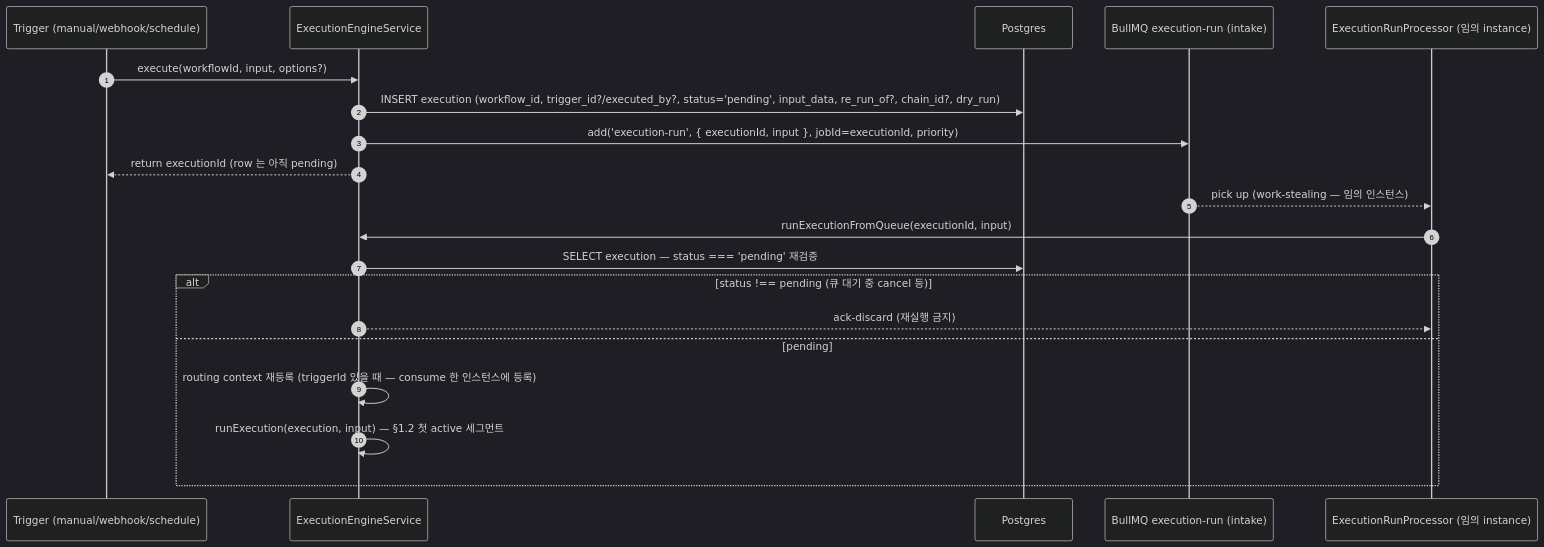
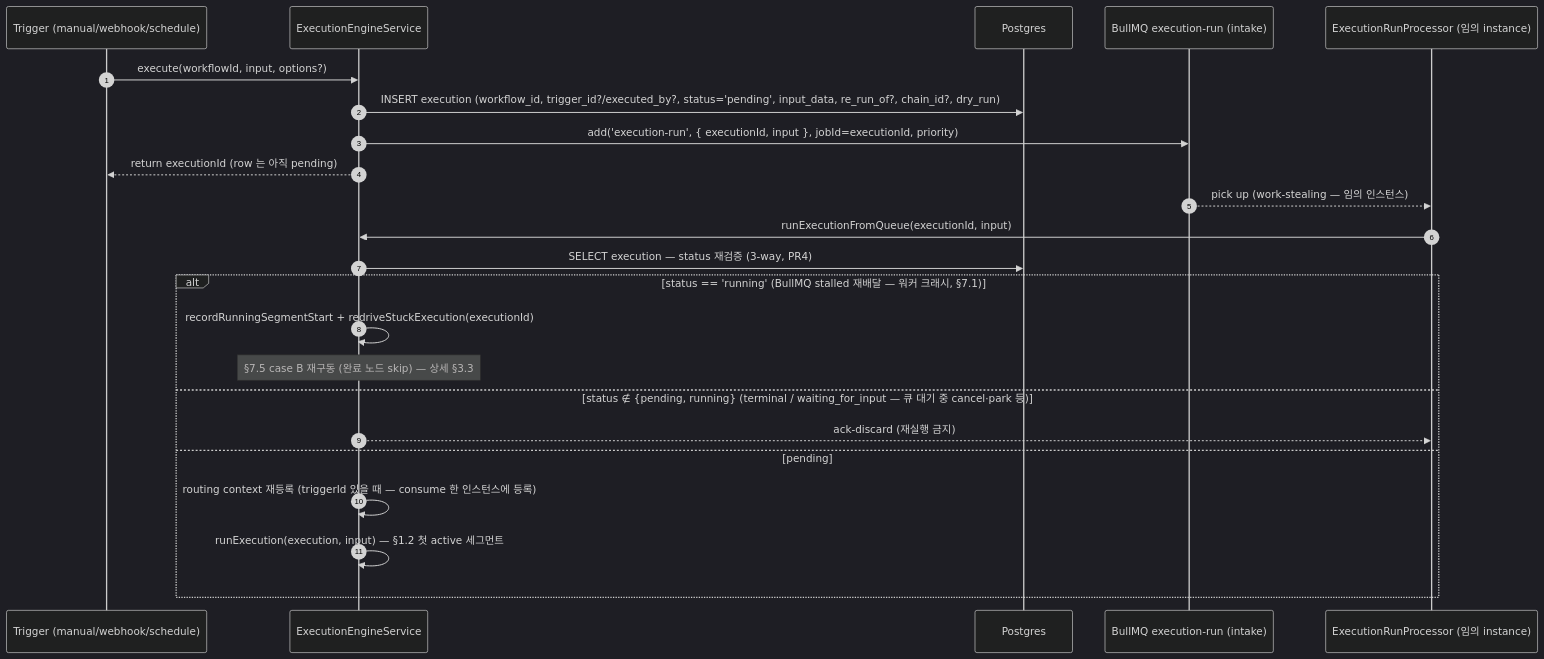
Before and after one commit to worker-ants/clemvion: the first of 6 diagrams in spec/data-flow/3-execution.md, drawn with Mermaid (dark theme). The commit also changed other lines of this file and 11 other files, not shown here.

First line of the commit message:
docs(spec): data-flow §1.1 시퀀스 다이어그램 — runExecutionFromQueue 3-way 반영

````diff
--- a/spec/data-flow/3-execution.md
+++ b/spec/data-flow/3-execution.md
@@ -38,24 +38,27 @@
 ```mermaid
 sequenceDiagram
   autonumber
   participant Trig as Trigger (manual/webhook/schedule)
   participant Eng as ExecutionEngineService
   participant PG as Postgres
   participant RunQ as BullMQ execution-run (intake)
   participant Proc as ExecutionRunProcessor (임의 instance)
 
   Trig->>Eng: execute(workflowId, input, options?)
   Eng->>PG: INSERT execution (workflow_id, trigger_id?/executed_by?, status='pending', input_data, re_run_of?, chain_id?, dry_run)
   Eng->>RunQ: add('execution-run', { executionId, input }, jobId=executionId, priority)
   Eng-->>Trig: return executionId (row 는 아직 pending)
 
   RunQ-->>Proc: pick up (work-stealing — 임의 인스턴스)
   Proc->>Eng: runExecutionFromQueue(executionId, input)
-  Eng->>PG: SELECT execution — status === 'pending' 재검증
-  alt status !== pending (큐 대기 중 cancel 등)
+  Eng->>PG: SELECT execution — status 재검증 (3-way, PR4)
+  alt status == 'running' (BullMQ stalled 재배달 — 워커 크래시, §7.1)
+    Eng->>Eng: recordRunningSegmentStart + redriveStuckExecution(executionId)
+    Note over Eng: §7.5 case B 재구동 (완료 노드 skip) — 상세 §3.3
+  else status ∉ {pending, running} (terminal / waiting_for_input — 큐 대기 중 cancel·park 등)
     Eng-->>Proc: ack-discard (재실행 금지)
   else pending
     Eng->>Eng: routing context 재등록 (triggerId 있을 때 — consume 한 인스턴스에 등록)
     Eng->>Eng: runExecution(execution, input) — §1.2 첫 active 세그먼트
   end
 ```
````
